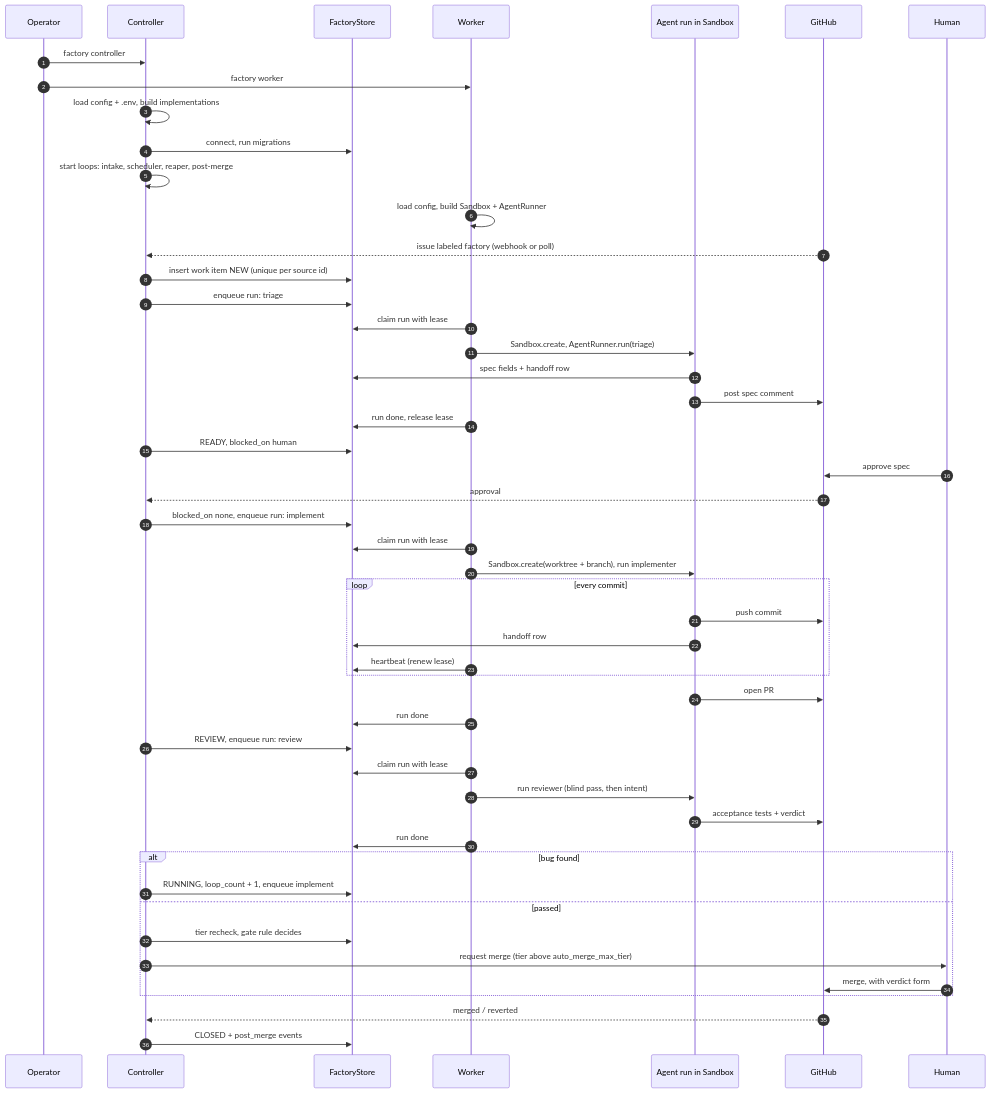
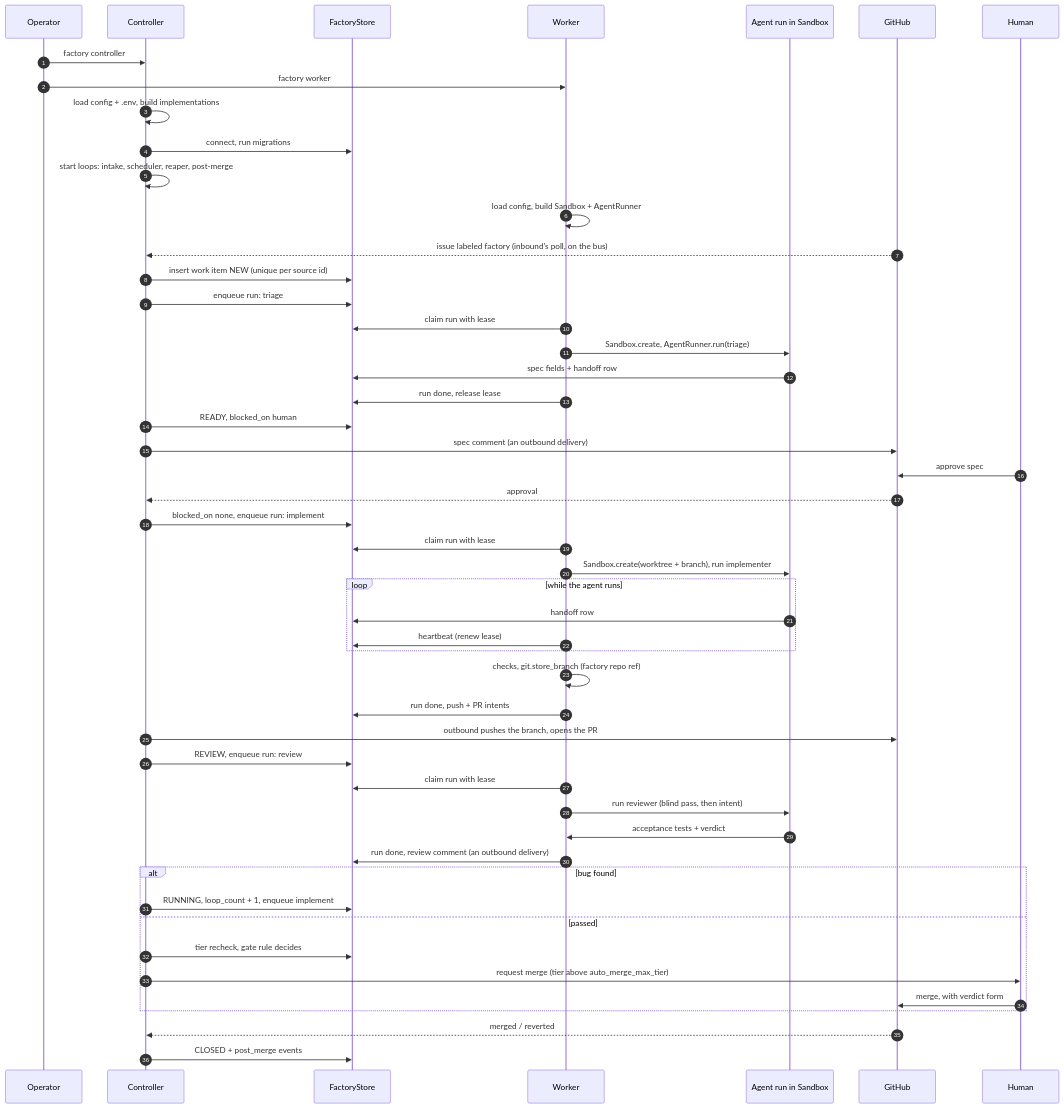
One commit to seonWKim/software-factory changed the second of 6 diagrams in docs/architecture.md. Above: the diagram before and after it, drawn with Mermaid. The commit also changed other lines of this file and 1 other file, not shown here.

First line of the commit message:
Docs: ARCHITECTURE.md and docs/architecture.md describe the RFC 0015 components

````diff
--- a/docs/architecture.md
+++ b/docs/architecture.md
@@ -98,56 +98,56 @@
 ```mermaid
 sequenceDiagram
   autonumber
   participant OP as Operator
   participant C as Controller
   participant ST as FactoryStore
   participant W as Worker
   participant AG as Agent run in Sandbox
   participant GH as GitHub
   participant H as Human
 
   OP->>C: factory controller
   OP->>W: factory worker
   C->>C: load config + .env, build implementations
   C->>ST: connect, run migrations
   C->>C: start loops: intake, scheduler, reaper, post-merge
   W->>W: load config, build Sandbox + AgentRunner
 
-  GH-->>C: issue labeled factory (webhook or poll)
+  GH-->>C: issue labeled factory (inbound's poll, on the bus)
   C->>ST: insert work item NEW (unique per source id)
   C->>ST: enqueue run: triage
   W->>ST: claim run with lease
   W->>AG: Sandbox.create, AgentRunner.run(triage)
   AG->>ST: spec fields + handoff row
-  AG->>GH: post spec comment
   W->>ST: run done, release lease
   C->>ST: READY, blocked_on human
+  C->>GH: spec comment (an outbound delivery)
   H->>GH: approve spec
   GH-->>C: approval
   C->>ST: blocked_on none, enqueue run: implement
 
   W->>ST: claim run with lease
   W->>AG: Sandbox.create(worktree + branch), run implementer
-  loop every commit
-    AG->>GH: push commit
+  loop while the agent runs
     AG->>ST: handoff row
     W->>ST: heartbeat (renew lease)
   end
-  AG->>GH: open PR
-  W->>ST: run done
+  W->>W: checks, git.store_branch (factory repo ref)
+  W->>ST: run done, push + PR intents
+  C->>GH: outbound pushes the branch, opens the PR
   C->>ST: REVIEW, enqueue run: review
 
   W->>ST: claim run with lease
   W->>AG: run reviewer (blind pass, then intent)
-  AG->>GH: acceptance tests + verdict
-  W->>ST: run done
+  AG->>W: acceptance tests + verdict
+  W->>ST: run done, review comment (an outbound delivery)
   alt bug found
     C->>ST: RUNNING, loop_count + 1, enqueue implement
   else passed
     C->>ST: tier recheck, gate rule decides
     C->>H: request merge (tier above auto_merge_max_tier)
     H->>GH: merge, with verdict form
   end
   GH-->>C: merged / reverted
   C->>ST: CLOSED + post_merge events
 ```
````
